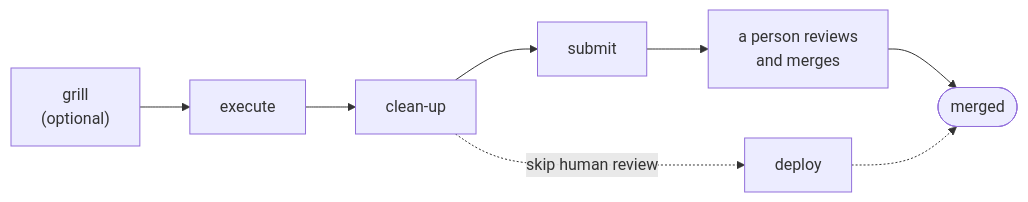
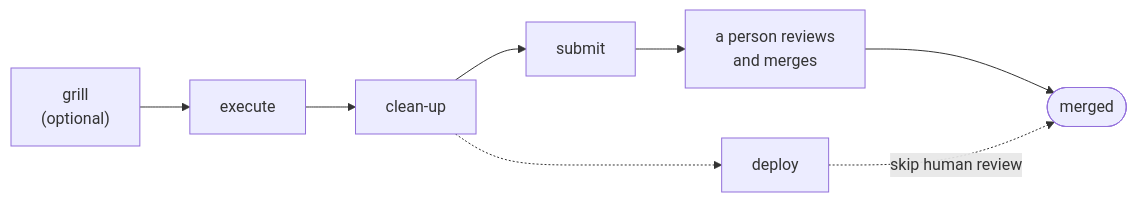
One commit to snappedly/skills changed the diagram in README.md. Above: the diagram before and after it, drawn with Mermaid.

Commit message:
docs: put the skip-human-review label after deploy in the README (#11)
The flowchart labeled the clean-up to deploy edge "skip human review",
but deploy is the step that skips review on its way to merged. Move
the label to the deploy to merged edge.

````diff
--- a/README.md
+++ b/README.md
@@ -42,6 +42,6 @@
 ```mermaid
 flowchart LR
     grill["grill<br/>(optional)"] --> execute --> cleanup["clean-up"] --> submit --> review["a person reviews<br/>and merges"] --> merged(["merged"])
-    cleanup -.->|skip human review| deploy
-    deploy -.-> merged
+    cleanup -.-> deploy
+    deploy -.->|skip human review| merged
 ```
````
